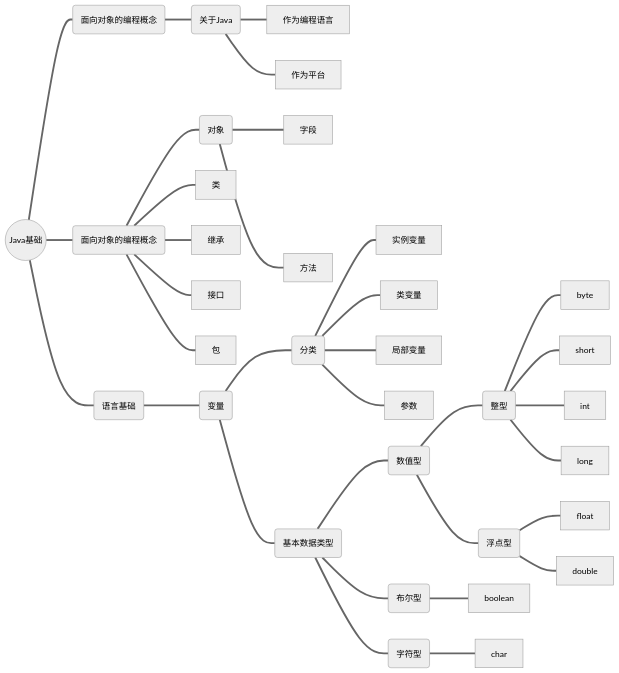
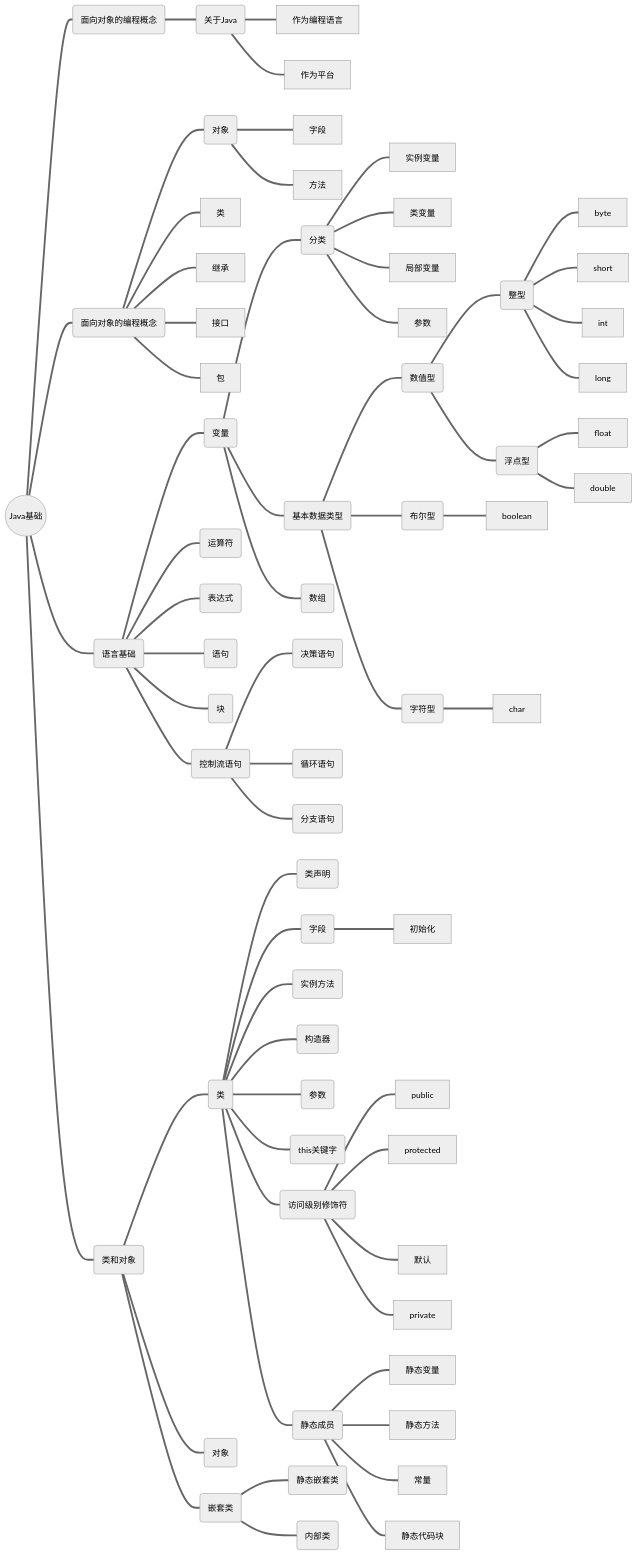
The diagram in _java/javase/new-to-java/index.md (small-rose/code-notes), drawn with Mermaid (neutral theme) before and after one commit.

Commit message:
代码更新

````diff
--- a/_java/javase/new-to-java/index.md
+++ b/_java/javase/new-to-java/index.md
@@ -55,4 +55,43 @@
   C-1-2-1-2===double
   C-1-2-2===boolean
   C-1-2-3===char
+  C-1===C-1-3(数组)
+  
+  C===C-2(运算符)
+  
+  C===C-3(表达式)
+  
+  C===C-4(语句)
+  
+  C===C-5(块)
+  
+  C===C-6(控制流语句)
+  C-6===C-6-1(决策语句)
+  C-6===C-6-2(循环语句)
+  C-6===C-6-3(分支语句)
+  
+  Main===D(类和对象)
+  
+  D===D-1(类)
+  D-1===D-1-1(类声明)
+  D-1===D-1-2(字段)
+  D-1-2===初始化
+  D-1===D-1-3(实例方法)
+  D-1===D-1-4(构造器)
+  D-1===D-1-5(参数)
+  D-1===D-1-6(this关键字)
+  D-1===D-1-7(访问级别修饰符)
+  D-1-7===public
+  D-1-7===protected
+  D-1-7===默认
+  D-1-7===private
+  D-1===D-1-8(静态成员)
+  D-1-8===静态变量
+  D-1-8===静态方法
+  D-1-8===常量
+  D-1-8===静态代码块
+  D===D-2(对象)
+  D===D-3(嵌套类)
+  D-3===D-3-1(静态嵌套类)
+  D-3===D-3-2(内部类)
 ```
````
